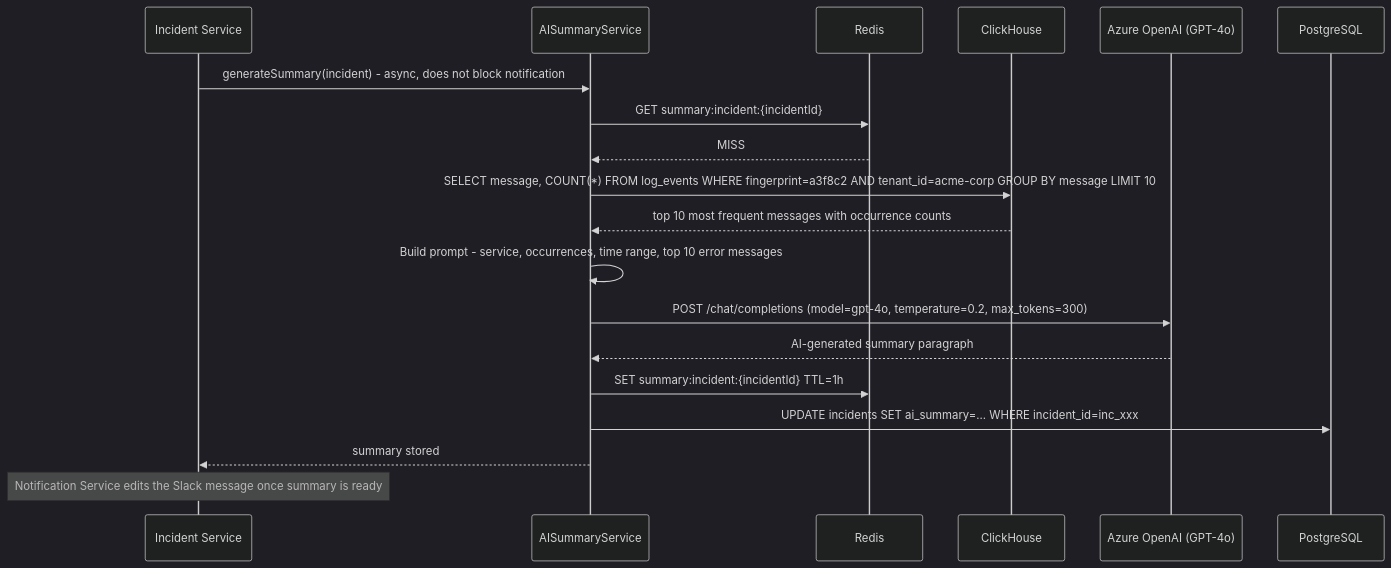
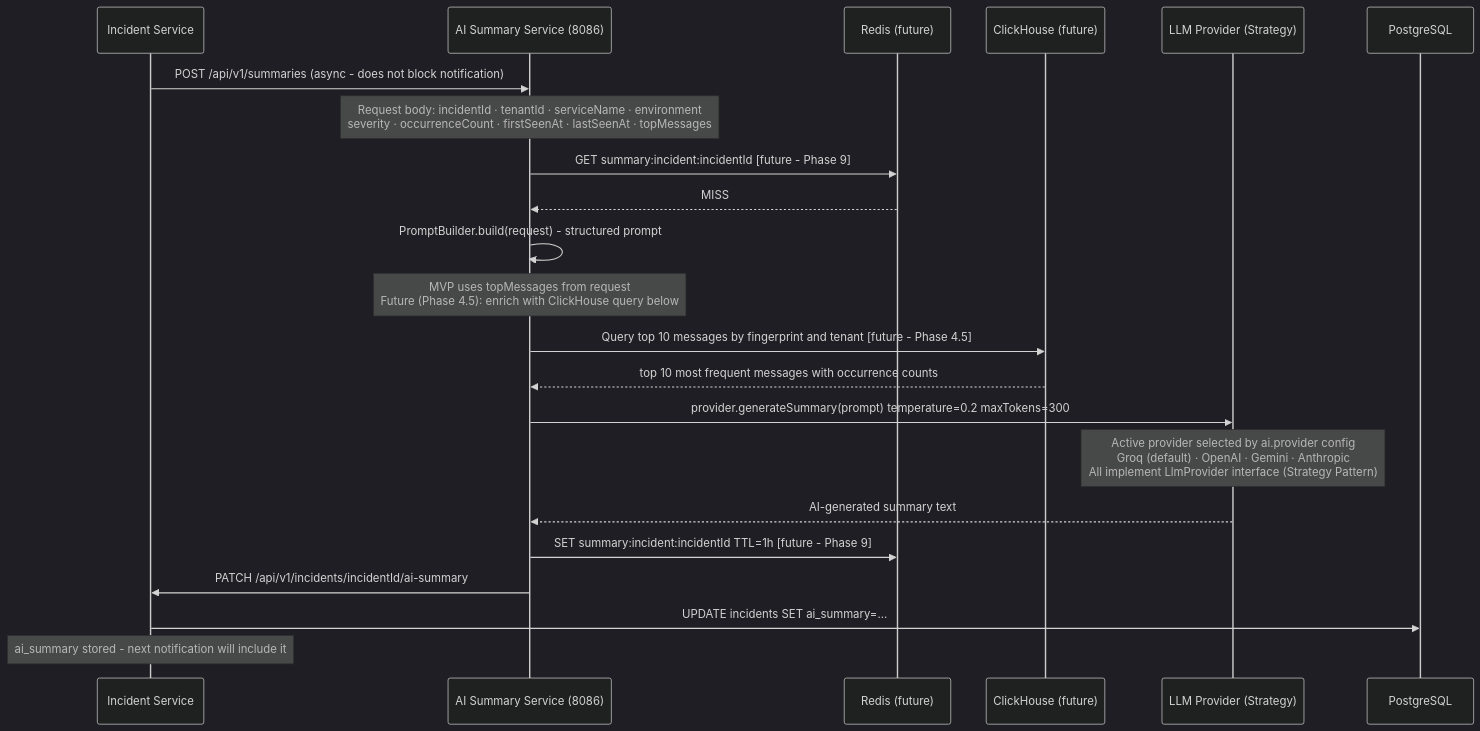
The seventh of 7 diagrams in content/docs/architecture/flow-diagrams.mdx (ashmitjsg/log0-website), drawn with Mermaid (dark theme) before and after one commit. The commit also changed other lines of this file and 3 other files, not shown here.

Commit message:
feat: [log0-docs] ai summary service doc

````diff
--- a/content/docs/architecture/flow-diagrams.mdx
+++ b/content/docs/architecture/flow-diagrams.mdx
@@ -392,28 +392,31 @@
 ```mermaid
 sequenceDiagram
     participant IS as Incident Service
-    participant AIS as AISummaryService
-    participant Cache as Redis
-    participant CH as ClickHouse
-    participant LLM as Azure OpenAI (GPT-4o)
+    participant AIS as AI Summary Service (8086)
+    participant Cache as Redis (future)
+    participant CH as ClickHouse (future)
+    participant LLM as LLM Provider (Strategy)
     participant PG as PostgreSQL
 
-    IS->>AIS: generateSummary(incident) - async, does not block notification
+    IS->>AIS: POST /api/v1/summaries (async - does not block notification)
+    Note over AIS: Request body: incidentId · tenantId · serviceName · environment<br/>severity · occurrenceCount · firstSeenAt · lastSeenAt · topMessages
 
-    AIS->>Cache: GET summary:incident:{incidentId}
+    AIS->>Cache: GET summary:incident:incidentId [future - Phase 9]
     Cache-->>AIS: MISS
 
-    AIS->>CH: SELECT message, COUNT(*) FROM log_events WHERE fingerprint=a3f8c2 AND tenant_id=acme-corp GROUP BY message LIMIT 10
+    AIS->>AIS: PromptBuilder.build(request) - structured prompt
+    Note over AIS: MVP uses topMessages from request<br/>Future (Phase 4.5): enrich with ClickHouse query below
+
+    AIS->>CH: Query top 10 messages by fingerprint and tenant [future - Phase 4.5]
     CH-->>AIS: top 10 most frequent messages with occurrence counts
 
-    AIS->>AIS: Build prompt - service, occurrences, time range, top 10 error messages
+    AIS->>LLM: provider.generateSummary(prompt) temperature=0.2 maxTokens=300
+    Note over LLM: Active provider selected by ai.provider config<br/>Groq (default) · OpenAI · Gemini · Anthropic<br/>All implement LlmProvider interface (Strategy Pattern)
+    LLM-->>AIS: AI-generated summary text
 
-    AIS->>LLM: POST /chat/completions (model=gpt-4o, temperature=0.2, max_tokens=300)
-    LLM-->>AIS: AI-generated summary paragraph
+    AIS->>Cache: SET summary:incident:incidentId TTL=1h [future - Phase 9]
+    AIS->>IS: PATCH /api/v1/incidents/incidentId/ai-summary
+    IS->>PG: UPDATE incidents SET ai_summary=...
 
-    AIS->>Cache: SET summary:incident:{incidentId} TTL=1h
-    AIS->>PG: UPDATE incidents SET ai_summary=... WHERE incident_id=inc_xxx
-    AIS-->>IS: summary stored
-
-    Note over IS: Notification Service edits the Slack message once summary is ready
+    Note over IS: ai_summary stored - next notification will include it
 ```
````
